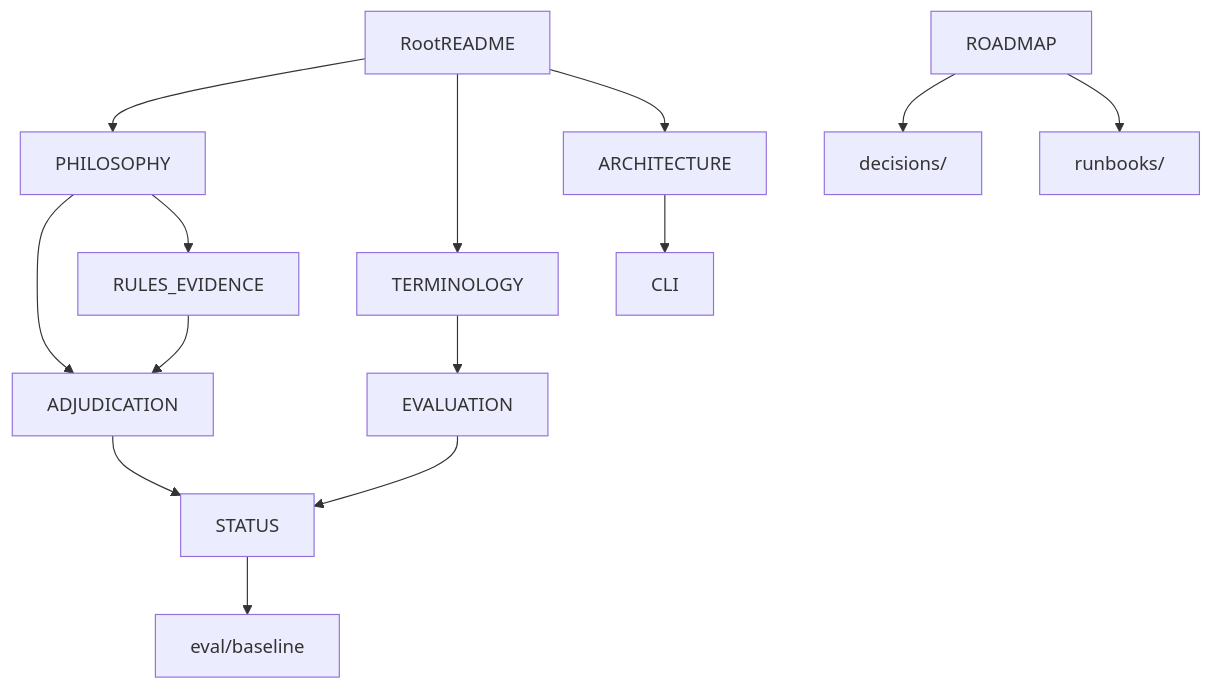
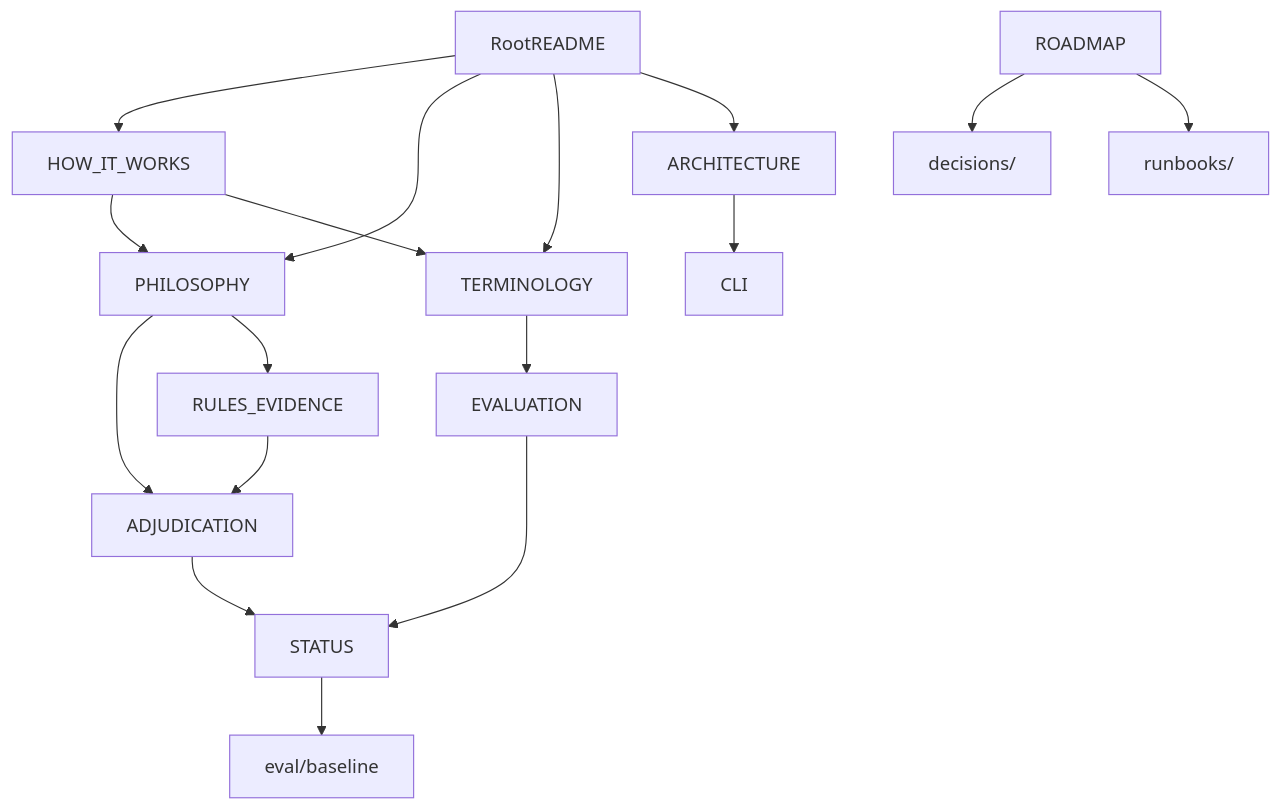
Before and after one commit to witzbeck/mtg-loop-engine: the diagram in docs/README.md, drawn with Mermaid. The commit also changed other lines of this file and 7 other files, not shown here.

First line of the commit message:
Add HOW_IT_WORKS ladders and fix reject narration (#121)

````diff
--- a/docs/README.md
+++ b/docs/README.md
@@ -11,16 +11,19 @@
 ```mermaid
 graph TB;
-  readme[RootREADME] --> philosophy[PHILOSOPHY];
+  readme[RootREADME] --> howItWorks[HOW_IT_WORKS];
+  readme --> philosophy[PHILOSOPHY];
   readme --> terminology[TERMINOLOGY];
   readme --> architecture[ARCHITECTURE];
+  howItWorks --> philosophy;
+  howItWorks --> terminology;
   philosophy --> adjudication[ADJUDICATION];
   philosophy --> rulesEvidence[RULES_EVIDENCE];
   terminology --> evaluation[EVALUATION];
   architecture --> cli[CLI];
   evaluation --> status[STATUS];
   adjudication --> status;
   rulesEvidence --> adjudication;
   status --> baselines[eval/baseline];
   roadmap[ROADMAP] --> decisions[decisions/];
   roadmap --> runbooks[runbooks/];
 ```
````
